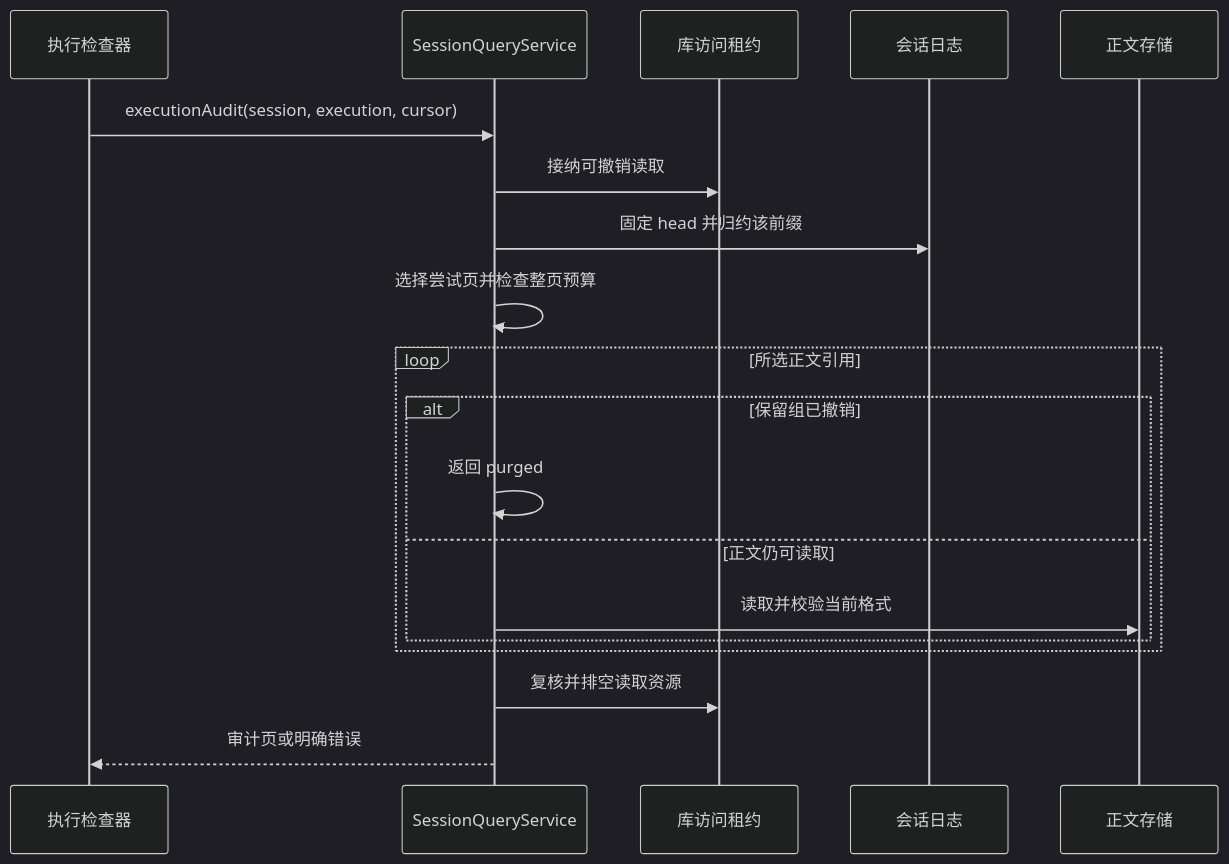
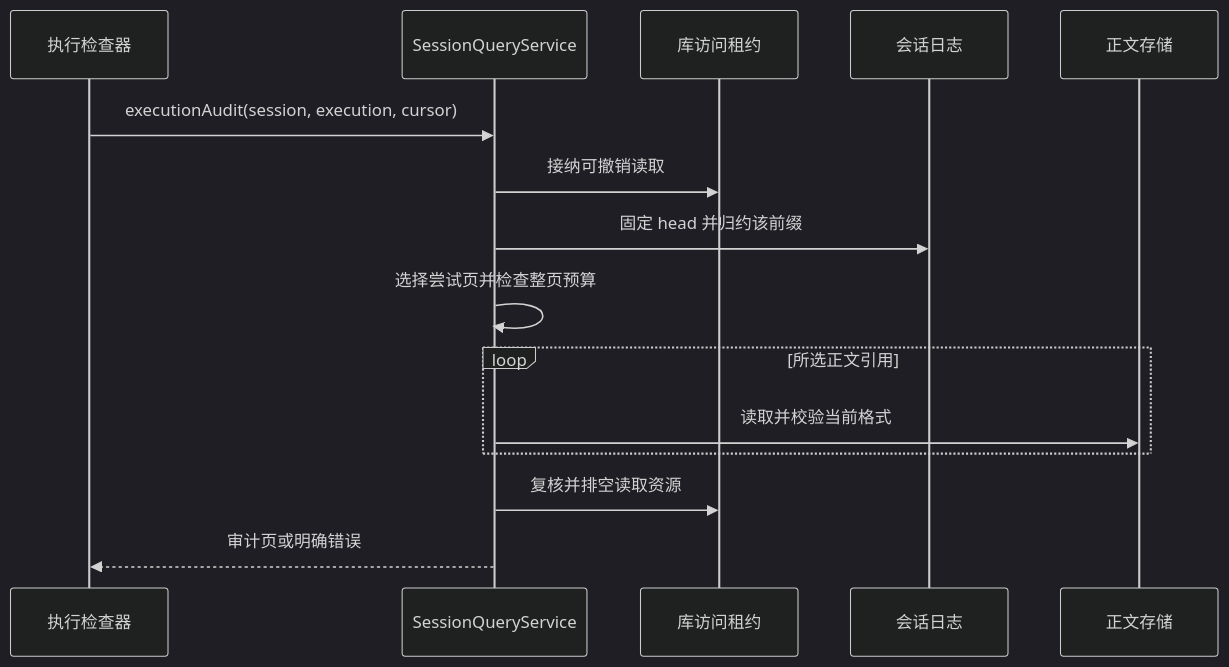
The first of 7 diagrams in docs/architecture/AGENT_SESSION_READS.md (alwynou/mira), drawn with Mermaid (dark theme) before and after one commit. The commit also changed other lines of this file and 290 other files, not shown here.

````diff
--- a/docs/architecture/AGENT_SESSION_READS.md
+++ b/docs/architecture/AGENT_SESSION_READS.md
@@ -21,21 +21,17 @@
 ```mermaid
 sequenceDiagram
     participant Host as 执行检查器
     participant Query as SessionQueryService
     participant Lease as 库访问租约
     participant Journal as 会话日志
     participant Payload as 正文存储
     Host->>Query: executionAudit(session, execution, cursor)
     Query->>Lease: 接纳可撤销读取
     Query->>Journal: 固定 head 并归约该前缀
     Query->>Query: 选择尝试页并检查整页预算
     loop 所选正文引用
-        alt 保留组已撤销
-            Query->>Query: 返回 purged
-        else 正文仍可读取
-            Query->>Payload: 读取并校验当前格式
-        end
+        Query->>Payload: 读取并校验当前格式
     end
     Query->>Lease: 复核并排空读取资源
     Query-->>Host: 审计页或明确错误
 ```
````
